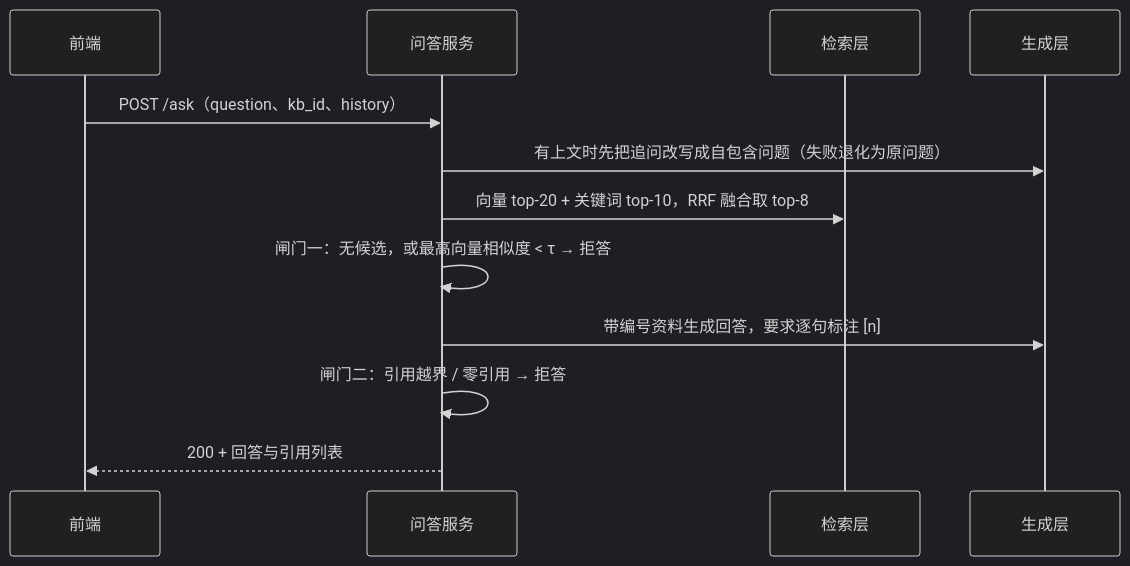
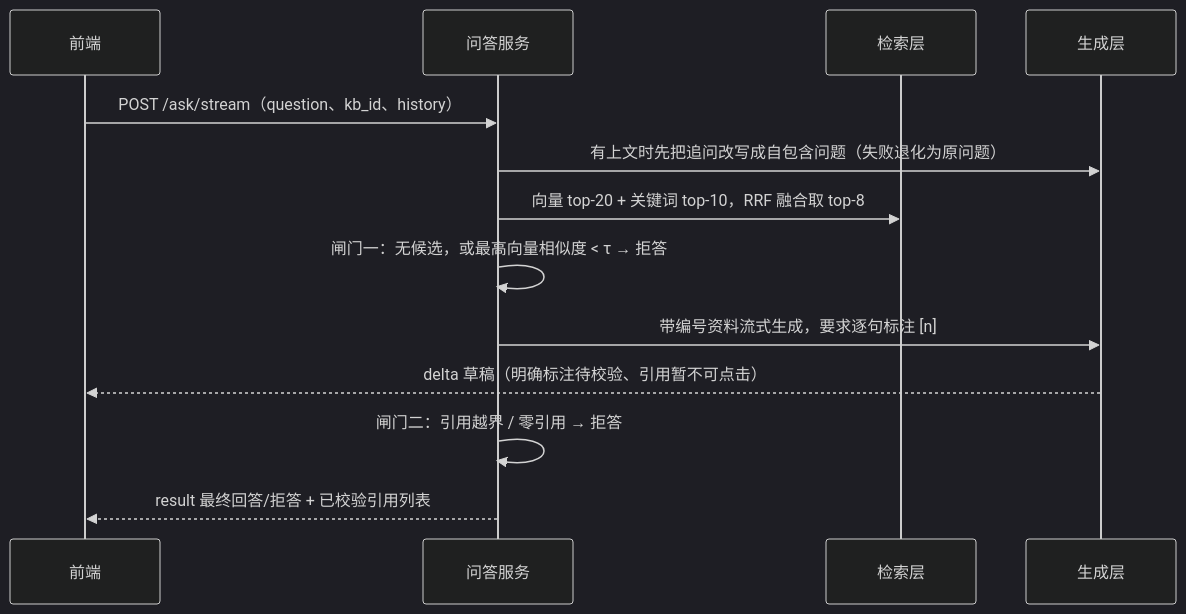
One commit to One-29/personal-knowledge-base changed the first of 2 diagrams in docs/design/00-overview.md. Above: the diagram before and after it, drawn with Mermaid (dark theme). The commit also changed other lines of this file and 22 other files, not shown here.

````diff
--- a/docs/design/00-overview.md
+++ b/docs/design/00-overview.md
@@ -56,14 +57,15 @@
 ```mermaid
 sequenceDiagram
     participant U as 前端
     participant A as 问答服务
     participant R as 检索层
     participant G as 生成层
-    U->>A: POST /ask（question、kb_id、history）
+    U->>A: POST /ask/stream（question、kb_id、history）
     A->>G: 有上文时先把追问改写成自包含问题（失败退化为原问题）
     A->>R: 向量 top-20 + 关键词 top-10，RRF 融合取 top-8
     A->>A: 闸门一：无候选，或最高向量相似度 < τ → 拒答
-    A->>G: 带编号资料生成回答，要求逐句标注 [n]
+    A->>G: 带编号资料流式生成，要求逐句标注 [n]
+    G-->>U: delta 草稿（明确标注待校验、引用暂不可点击）
     A->>A: 闸门二：引用越界 / 零引用 → 拒答
-    A-->>U: 200 + 回答与引用列表
+    A-->>U: result 最终回答/拒答 + 已校验引用列表
 ```
````
